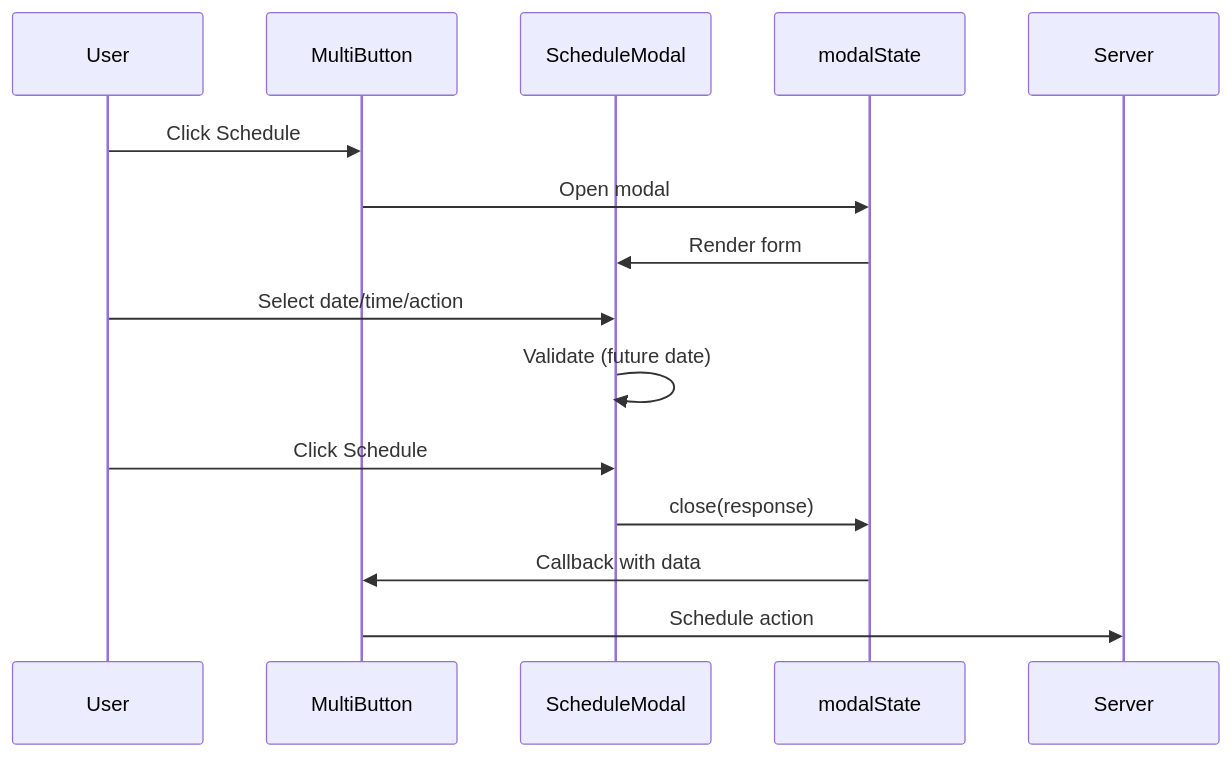
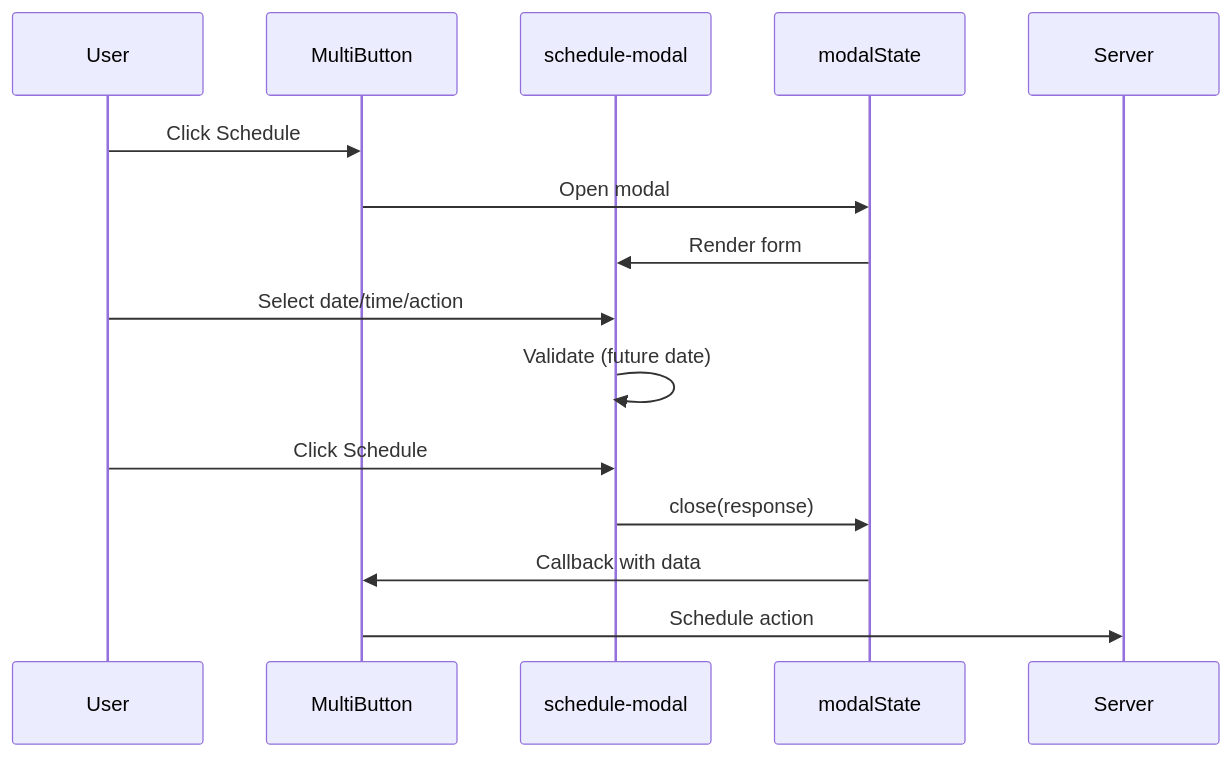
One commit to SveltyCMS/SveltyCMS changed the second of 2 diagrams in docs/architecture/components/ScheduleModal.mdx. Above: the diagram before and after it, drawn with Mermaid. The commit also changed other lines of this file and 353 other files, not shown here.

````diff
--- a/docs/architecture/components/ScheduleModal.mdx
+++ b/docs/architecture/components/ScheduleModal.mdx
@@ -68,18 +68,18 @@
 ```mermaid
 sequenceDiagram
     participant U as User
     participant MB as MultiButton
-    participant SM as ScheduleModal
+    participant SM as schedule-modal
     participant MS as modalState
     participant API as Server
 
     U->>MB: Click Schedule
     MB->>MS: Open modal
     MS->>SM: Render form
     U->>SM: Select date/time/action
     SM->>SM: Validate (future date)
     U->>SM: Click Schedule
     SM->>MS: close(response)
     MS->>MB: Callback with data
     MB->>API: Schedule action
 ```
````
